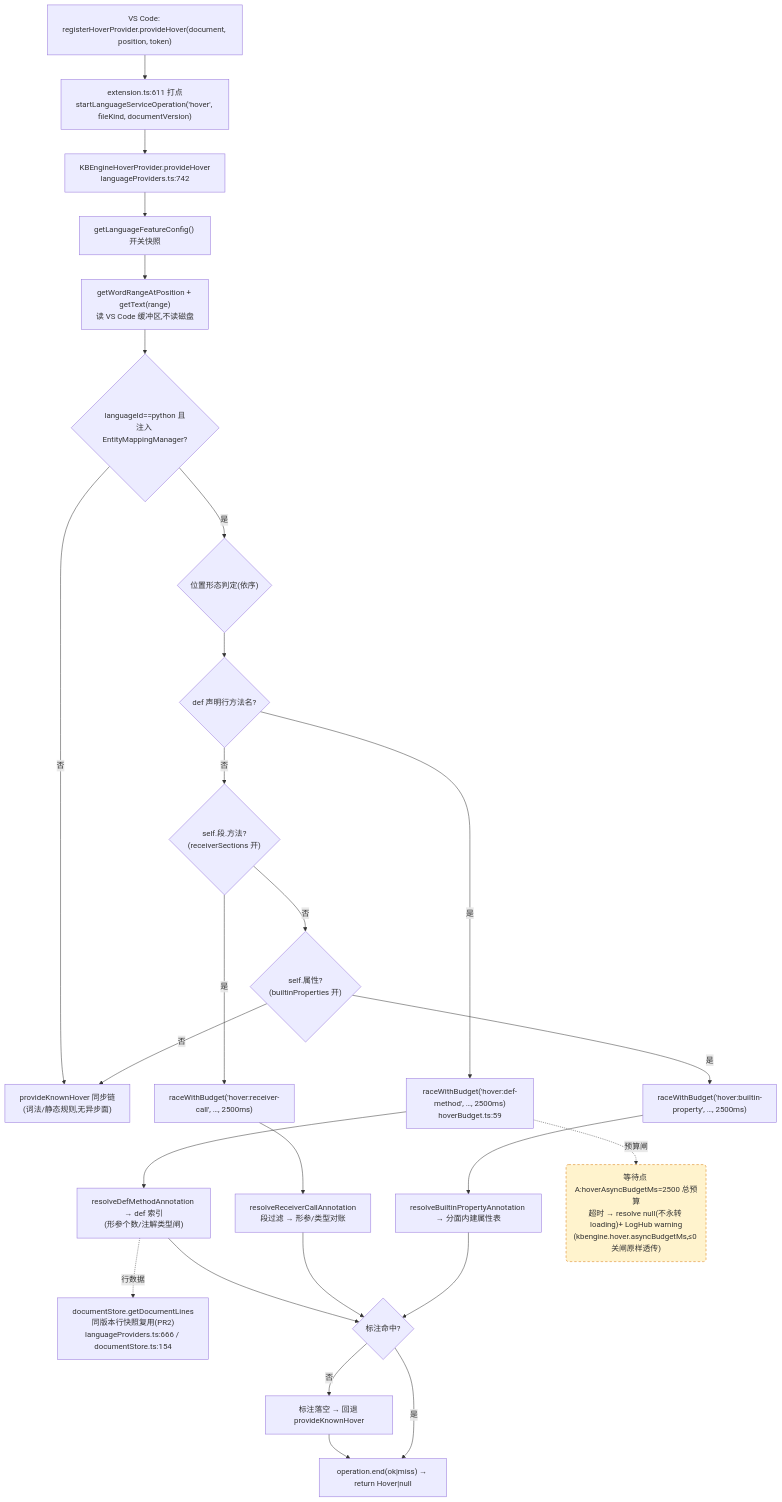
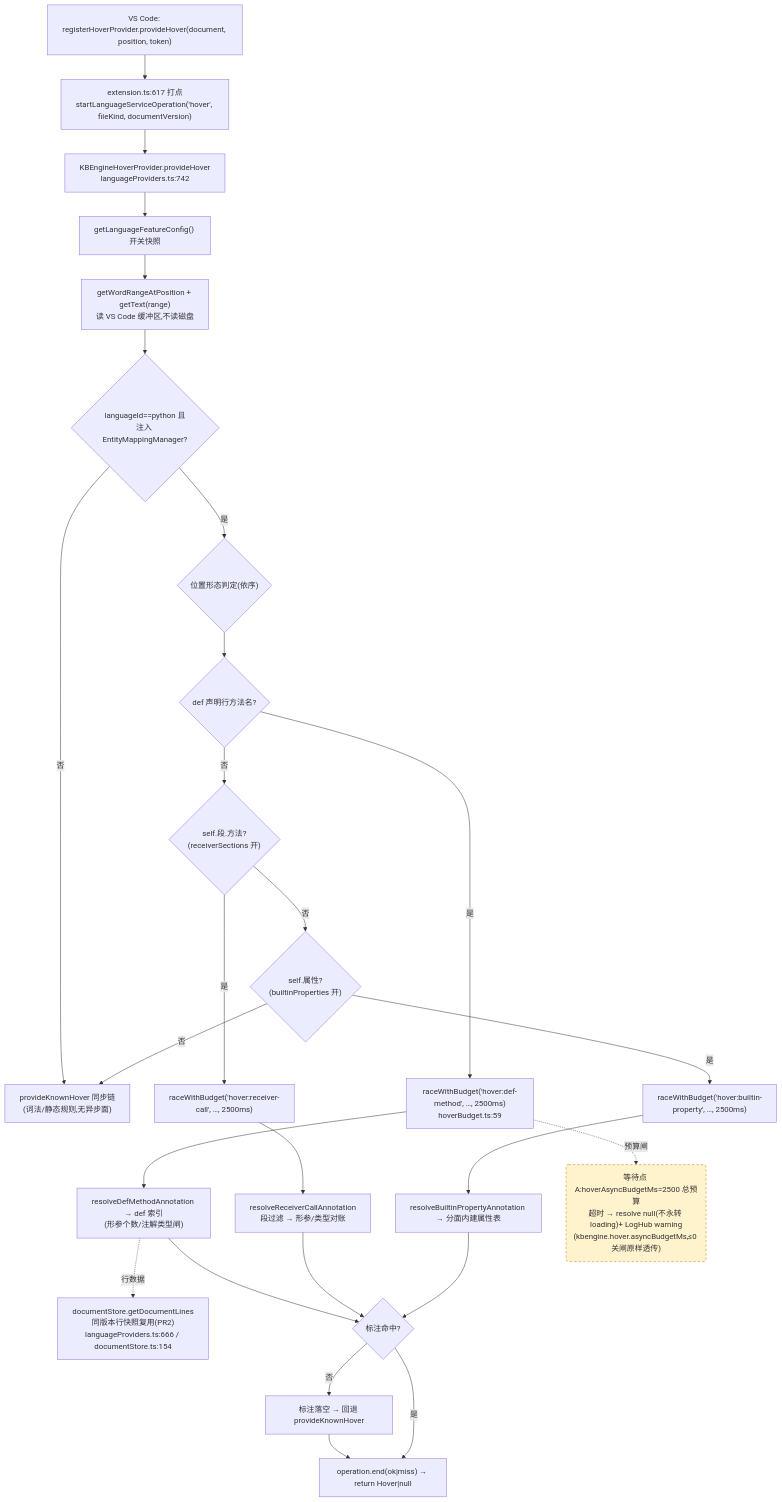
Before and after one commit to cuihairu/kode: the first of 4 diagrams in docs/perf/2026-baseline.md, drawn with Mermaid. The commit also changed other lines of this file and 13 other files, not shown here.

````diff
--- a/docs/perf/2026-baseline.md
+++ b/docs/perf/2026-baseline.md
@@ -82,45 +82,45 @@
 ```mermaid
 flowchart TD
   VC1["VS Code: registerHoverProvider.provideHover(document, position, token)"]
-  M1["extension.ts:611 打点<br/>startLanguageServiceOperation('hover', fileKind, documentVersion)"]
+  M1["extension.ts:617 打点<br/>startLanguageServiceOperation('hover', fileKind, documentVersion)"]
   HP["KBEngineHoverProvider.provideHover<br/>languageProviders.ts:742"]
   CFG["getLanguageFeatureConfig() 开关快照"]
   WORD["getWordRangeAtPosition + getText(range)<br/>读 VS Code 缓冲区,不读磁盘"]
   BR{"languageId==python 且<br/>注入 EntityMappingManager?"}
   KN["provideKnownHover 同步链<br/>(词法/静态规则,无异步面)"]
   POS{"位置形态判定(依序)"}
   D1{"def 声明行方法名?"}
   D2{"self.段.方法?<br/>(receiverSections 开)"}
   D3{"self.属性?<br/>(builtinProperties 开)"}
   RA1["raceWithBudget('hover:def-method', …, 2500ms)<br/>hoverBudget.ts:59"]
   RA2["raceWithBudget('hover:receiver-call', …, 2500ms)"]
   RA3["raceWithBudget('hover:builtin-property', …, 2500ms)"]
   RS1["resolveDefMethodAnnotation → def 索引<br/>(形参个数/注解类型闸)"]
   RS2["resolveReceiverCallAnnotation<br/>段过滤 → 形参/类型对账"]
   RS3["resolveBuiltinPropertyAnnotation → 分面内建属性表"]
   LINES["documentStore.getDocumentLines<br/>同版本行快照复用(PR2)<br/>languageProviders.ts:666 / documentStore.ts:154"]
   MISS["标注落空 → 回退 provideKnownHover"]
   END1["operation.end(ok|miss) → return Hover|null"]
 
   VC1 --> M1 --> HP --> CFG --> WORD --> BR
   BR -- "否" --> KN
   BR -- "是" --> POS --> D1
   D1 -- "是" --> RA1 --> RS1
   D1 -- "否" --> D2
   D2 -- "是" --> RA2 --> RS2
   D2 -- "否" --> D3
   D3 -- "是" --> RA3 --> RS3
   D3 -- "否" --> KN
   RS1 --> HIT{"标注命中?"}
   RS2 --> HIT
   RS3 --> HIT
   RS1 -.->|行数据| LINES
   HIT -- "否" --> MISS --> END1
   HIT -- "是" --> END1
 
   WAITA("等待点 A:hoverAsyncBudgetMs=2500 总预算<br/>超时 → resolve null(不永转 loading)+ LogHub warning<br/>(kbengine.hover.asyncBudgetMs,≤0 关闸原样透传)")
   RA1 -.->|预算闸| WAITA
 
   classDef waitPoint fill:#fff3cd,stroke:#d97706,stroke-dasharray:5 4;
   class WAITA waitPoint;
 ```
````
